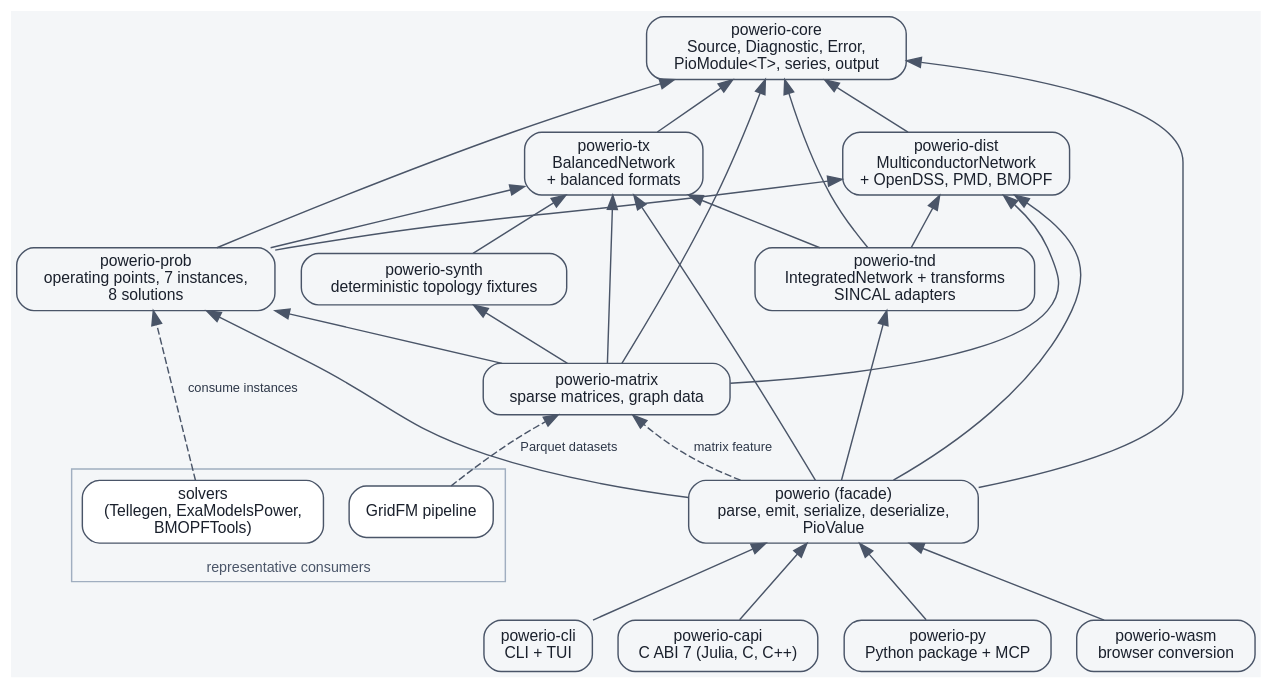
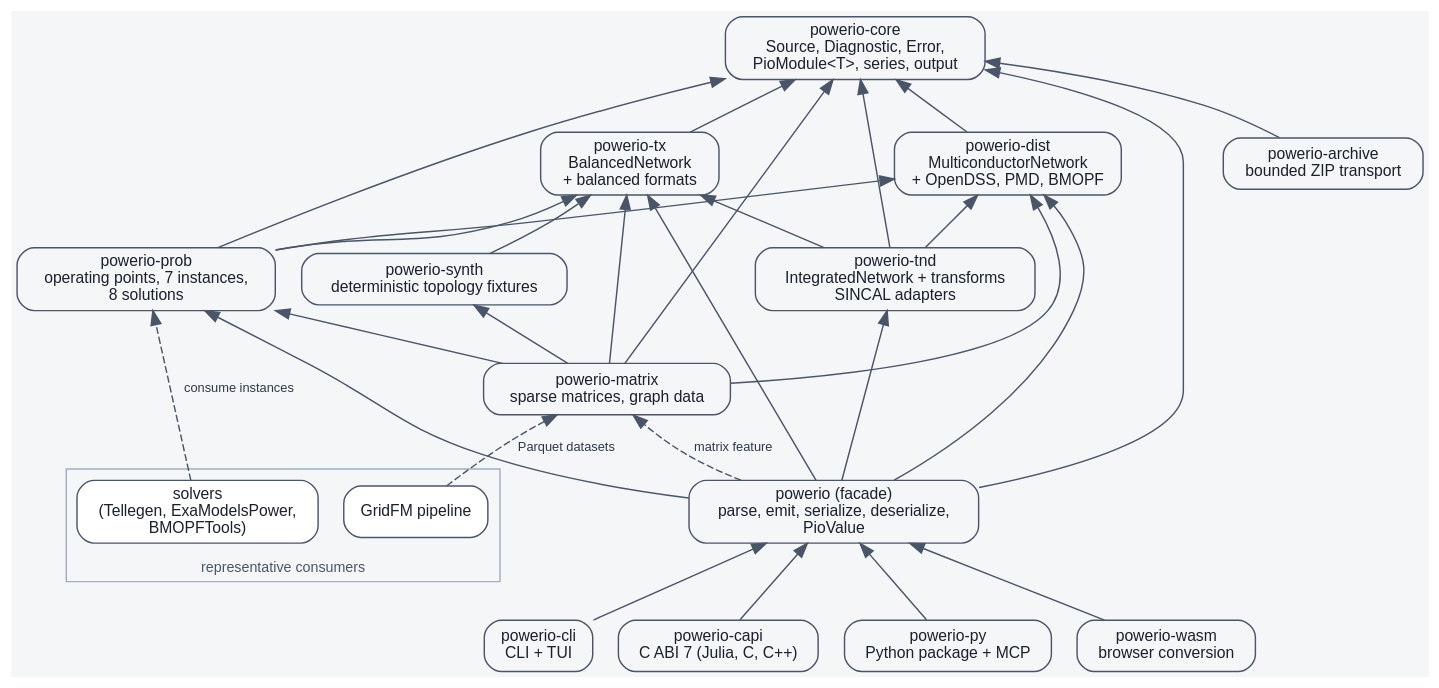
One commit to eigenergy/powerio changed the diagram in docs/diagrams/architecture.dot. Above: the diagram before and after it, drawn with Graphviz. The commit also changed 24 other files, not shown here.

Commit message:
feat(archive): add bounded model-neutral ZIP transport

```diff
--- a/docs/diagrams/architecture.dot
+++ b/docs/diagrams/architecture.dot
@@ -1,66 +1,68 @@
 // The primary architecture map: components, dependency direction, and the
 // two network families. Edges read "depends on" unless labeled. Checked
 // against cargo metadata by scripts/check-architecture-map.py; the committed
 // SVG is generated by the same script. Node ids that name crates must match
 // workspace member names exactly.
 digraph powerio_architecture {
     rankdir = BT;
     bgcolor = "#f4f6f8";
     node [shape = box, style = "rounded,filled", fillcolor = "#f4f6f8",
           color = "#4a5568", fontname = "Helvetica", fontsize = 11,
           fontcolor = "#1a202c"];
     edge [color = "#4a5568", fontname = "Helvetica", fontsize = 9,
           fontcolor = "#2d3748"];
 
     subgraph cluster_consumers {
         label = "representative consumers";
         fontname = "Helvetica"; fontsize = 10; color = "#a0aec0"; fontcolor = "#4a5568";
         solvers [label = "solvers\n(Tellegen, ExaModelsPower,\nBMOPFTools)", fillcolor = "#ffffff"];
         gridfm_ml [label = "GridFM pipeline", fillcolor = "#ffffff"];
     }
 
     "powerio-cli" [label = "powerio-cli\nCLI + TUI"];
     "powerio-capi" [label = "powerio-capi\nC ABI 7 (Julia, C, C++)"];
     "powerio-py" [label = "powerio-py\nPython package + MCP"];
     "powerio-wasm" [label = "powerio-wasm\nbrowser conversion"];
 
     powerio [label = "powerio (facade)\nparse, emit, serialize, deserialize,\nPioValue"];
 
     "powerio-matrix" [label = "powerio-matrix\nsparse matrices, graph data"];
     "powerio-synth" [label = "powerio-synth\ndeterministic topology fixtures"];
     "powerio-prob" [label = "powerio-prob\noperating points, 7 instances,\n8 solutions"];
 
     "powerio-tx" [label = "powerio-tx\nBalancedNetwork\n+ balanced formats"];
     "powerio-dist" [label = "powerio-dist\nMulticonductorNetwork\n+ OpenDSS, PMD, BMOPF"];
 
     "powerio-core" [label = "powerio-core\nSource, Diagnostic, Error,\nPioModule<T>, series, output"];
     "powerio-tnd" [label = "powerio-tnd\nIntegratedNetwork + transforms\nSINCAL adapters"];
 
+    "powerio-archive" [label = "powerio-archive\nbounded ZIP transport"];
+    "powerio-archive" -> "powerio-core";
     "powerio-synth" -> "powerio-tx";
     "powerio-tx" -> "powerio-core";
     "powerio-tnd" -> "powerio-tx";
     "powerio-tnd" -> "powerio-dist";
     "powerio-dist" -> "powerio-core";
     "powerio-tnd" -> "powerio-core";
     "powerio-prob" -> "powerio-core";
     "powerio-prob" -> "powerio-tx";
     "powerio-prob" -> "powerio-dist";
     "powerio-matrix" -> "powerio-core";
     "powerio-matrix" -> "powerio-tx";
     "powerio-matrix" -> "powerio-dist";
     "powerio-matrix" -> "powerio-prob";
     "powerio-matrix" -> "powerio-synth";
     powerio -> "powerio-core";
     powerio -> "powerio-tnd";
     powerio -> "powerio-tx";
     powerio -> "powerio-dist";
     powerio -> "powerio-prob";
     powerio -> "powerio-matrix" [label = "matrix feature", style = dashed];
     "powerio-cli" -> powerio;
     "powerio-capi" -> powerio;
     "powerio-py" -> powerio;
     "powerio-wasm" -> powerio;
 
     solvers -> "powerio-prob" [label = "consume instances", style = dashed];
     gridfm_ml -> "powerio-matrix" [label = "Parquet datasets", style = dashed];
 }
```
